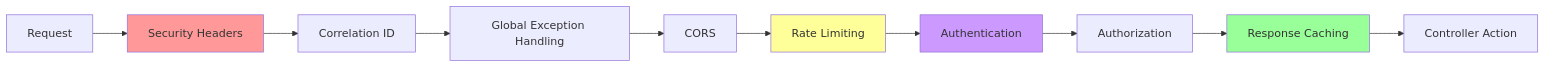
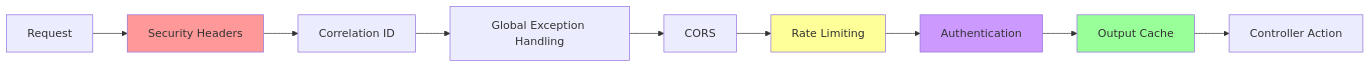
One commit to JonathanHidalgoN/RealTimeTransactionMonitoring changed the fourth of 4 diagrams in README.md. Above: the diagram before and after it, drawn with Mermaid. The commit also changed other lines of this file and 3 other files, not shown here.

````diff
--- a/README.md
+++ b/README.md
@@ -230,17 +224,16 @@
 ```mermaid
 graph LR
     A[Request] --> B[Security Headers]
     B --> C[Correlation ID]
     C --> D[Global Exception Handling]
     D --> E[CORS]
     E --> F[Rate Limiting]
     F --> G[Authentication]
-    G --> H[Authorization]
-    H --> I[Response Caching]
-    I --> J[Controller Action]
+    G --> H[Output Cache]
+    H --> I[Controller Action]
     
     style B fill:#ff9999
     style F fill:#ffff99
     style G fill:#cc99ff
-    style I fill:#99ff99
+    style H fill:#99ff99
 ```
````
